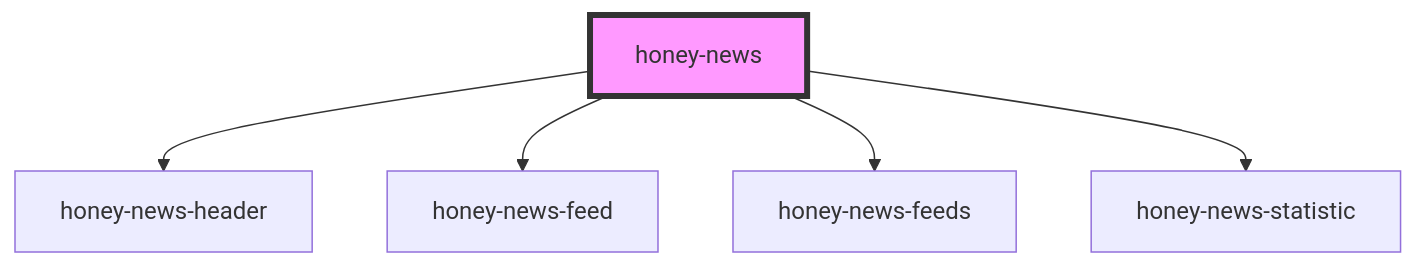
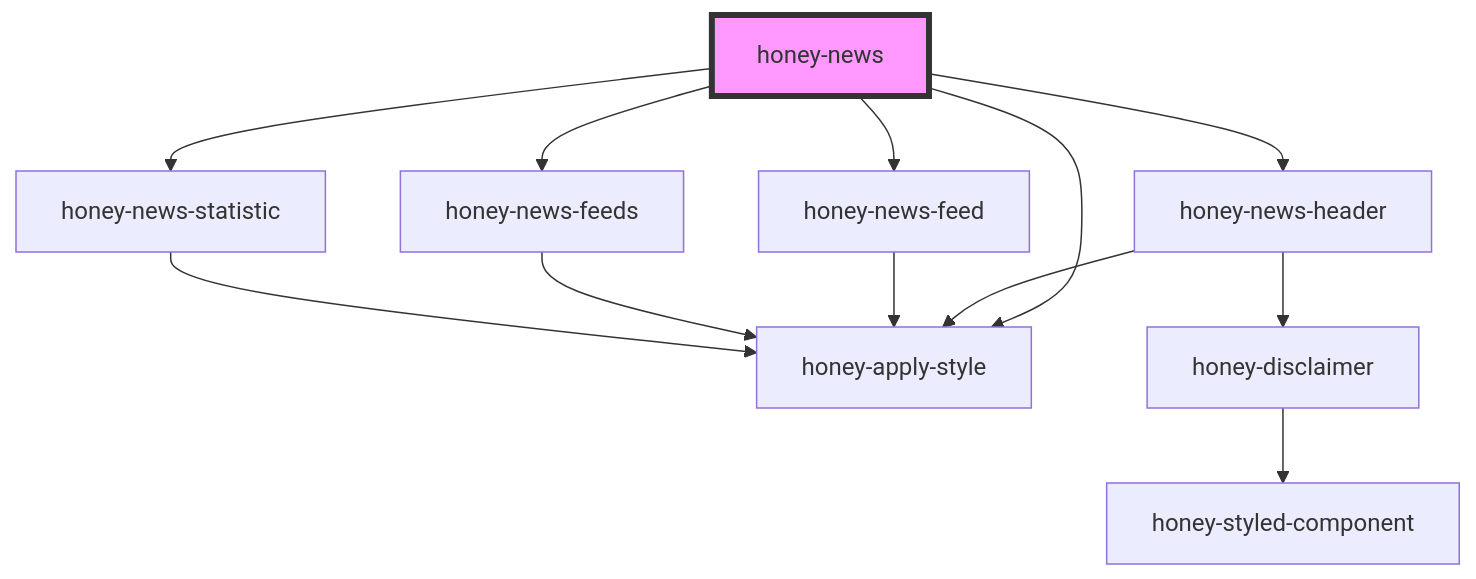
The diagram in src/components/honey-news/readme.md (Huluvu424242/honey-news), drawn with Mermaid before and after one commit. The commit also changed other lines of this file and 21 other files, not shown here.

````diff
--- a/src/components/honey-news/readme.md
+++ b/src/components/honey-news/readme.md
@@ -27,8 +28,15 @@
 ```mermaid
 graph TD;
+  honey-news --> honey-apply-style
   honey-news --> honey-news-header
   honey-news --> honey-news-feed
   honey-news --> honey-news-feeds
   honey-news --> honey-news-statistic
+  honey-news-header --> honey-apply-style
+  honey-news-header --> honey-disclaimer
+  honey-disclaimer --> honey-styled-component
+  honey-news-feed --> honey-apply-style
+  honey-news-feeds --> honey-apply-style
+  honey-news-statistic --> honey-apply-style
   style honey-news fill:#f9f,stroke:#333,stroke-width:4px
 ```
````
